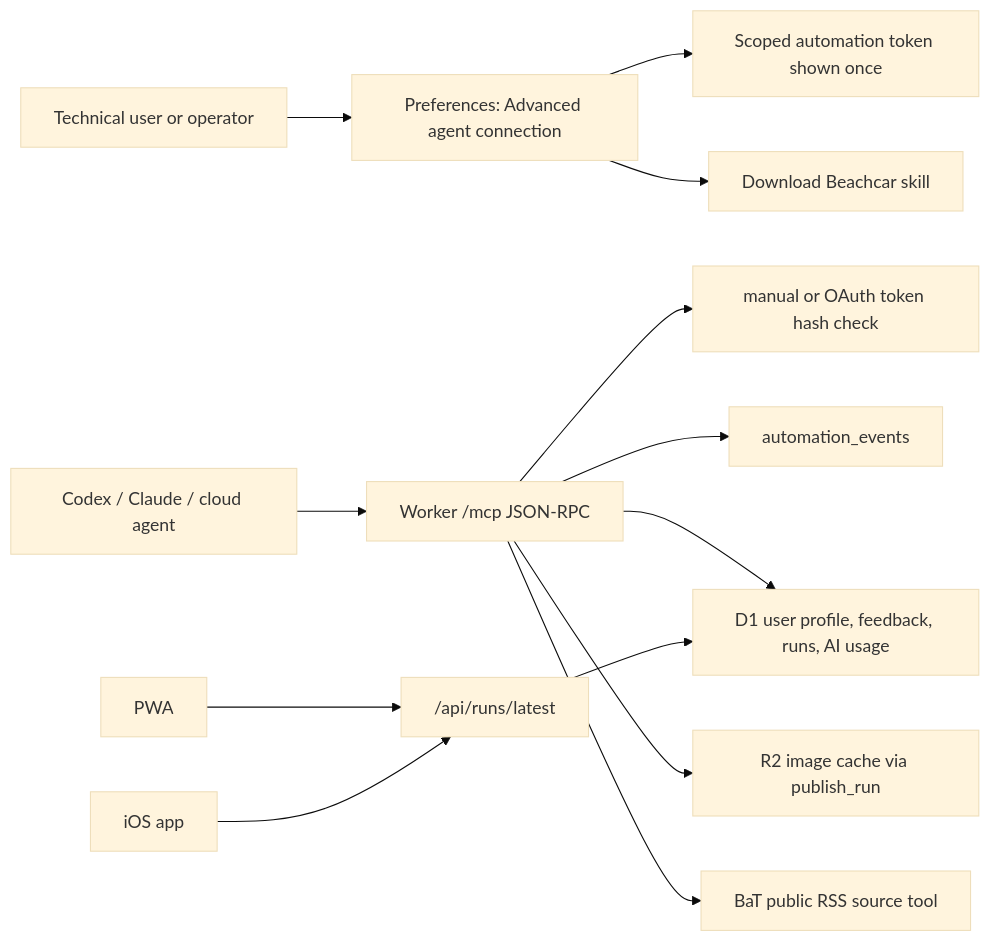
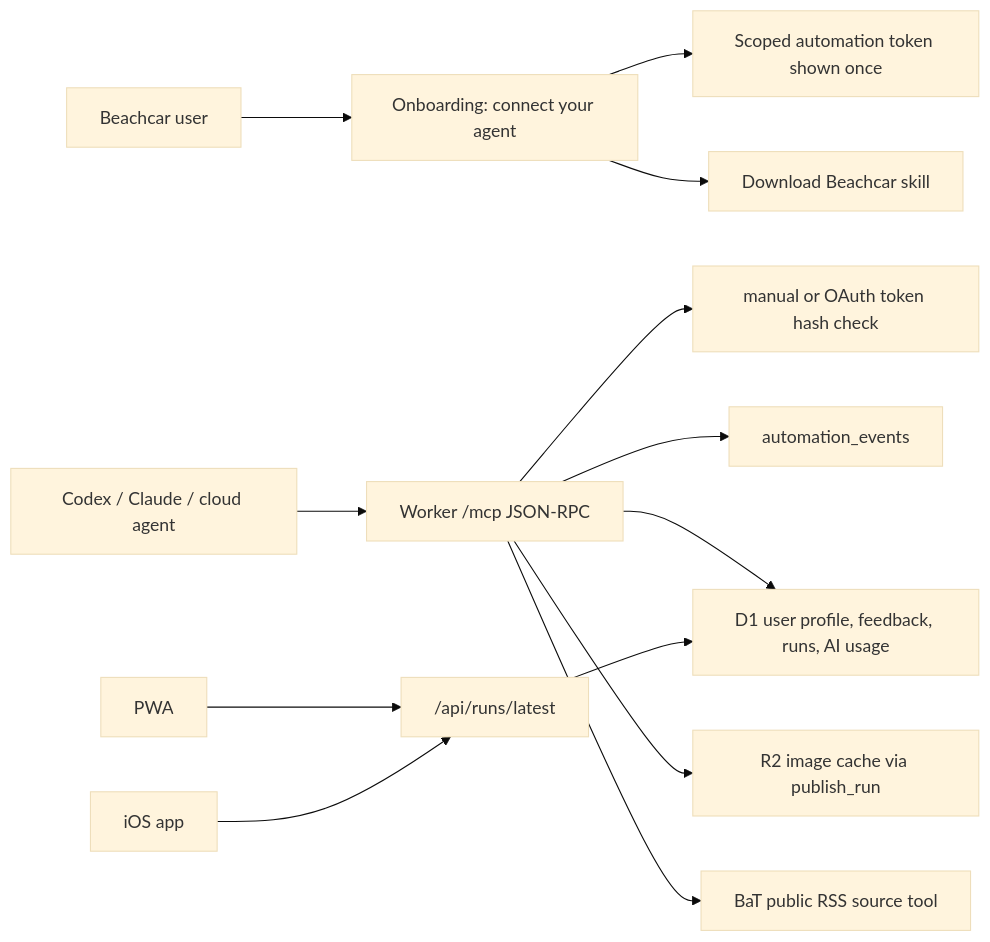
One commit to joncooper/beachcar changed the diagram in docs/remote-mcp-friend-automation.md. Above: the diagram before and after it, drawn with Mermaid (base theme). The commit also changed other lines of this file and 46 other files, not shown here.

````diff
--- a/docs/remote-mcp-friend-automation.md
+++ b/docs/remote-mcp-friend-automation.md
@@ -15,15 +15,15 @@
 ```mermaid
 flowchart LR
-  User["Technical user or operator"] --> Settings["Preferences: Advanced agent connection"]
+  User["Beachcar user"] --> Settings["Onboarding: connect your agent"]
   Settings --> Token["Scoped automation token shown once"]
   Settings --> Skill["Download Beachcar skill"]
   Agent["Codex / Claude / cloud agent"] --> MCP["Worker /mcp JSON-RPC"]
   MCP --> Auth["manual or OAuth token hash check"]
   MCP --> Events["automation_events"]
   MCP --> D1["D1 user profile, feedback, runs, AI usage"]
   MCP --> R2["R2 image cache via publish_run"]
   MCP --> BaT["BaT public RSS source tool"]
   Web["PWA"] --> Latest["/api/runs/latest"]
   iOS["iOS app"] --> Latest
   Latest --> D1
 ```
````
